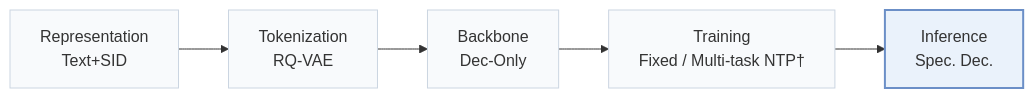
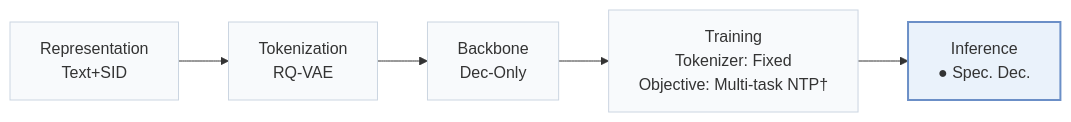
One commit to Galaxy-ghost/Awesome-SID-Generative-Rec changed the first of 2 diagrams in pages/papers/pad-rec.md. Above: the diagram before and after it, drawn with Mermaid. The commit also changed other lines of this file and 558 other files, not shown here.

````diff
--- a/pages/papers/pad-rec.md
+++ b/pages/papers/pad-rec.md
@@ -15,8 +18,8 @@
 ```mermaid
 flowchart LR
-    R["Representation<br/>Text+SID"] --> T["Tokenization<br/>RQ-VAE"] --> B["Backbone<br/>Dec-Only"] --> TR["Training<br/>Fixed / Multi-task NTP†"] --> I["Inference<br/>Spec. Dec."]
+    R["Representation<br/>Text+SID"] --> T["Tokenization<br/>RQ-VAE"] --> B["Backbone<br/>Dec-Only"] --> TR["Training<br/>Tokenizer: Fixed<br/>Objective: Multi-task NTP†"] --> I["Inference<br/>● Spec. Dec."]
     classDef base fill:#f8fafc,stroke:#cbd5e1
     class R,T,B,TR,I base
     classDef main fill:#eaf2fb,stroke:#6b8fc7,stroke-width:2px
     class I main
 ```
````
